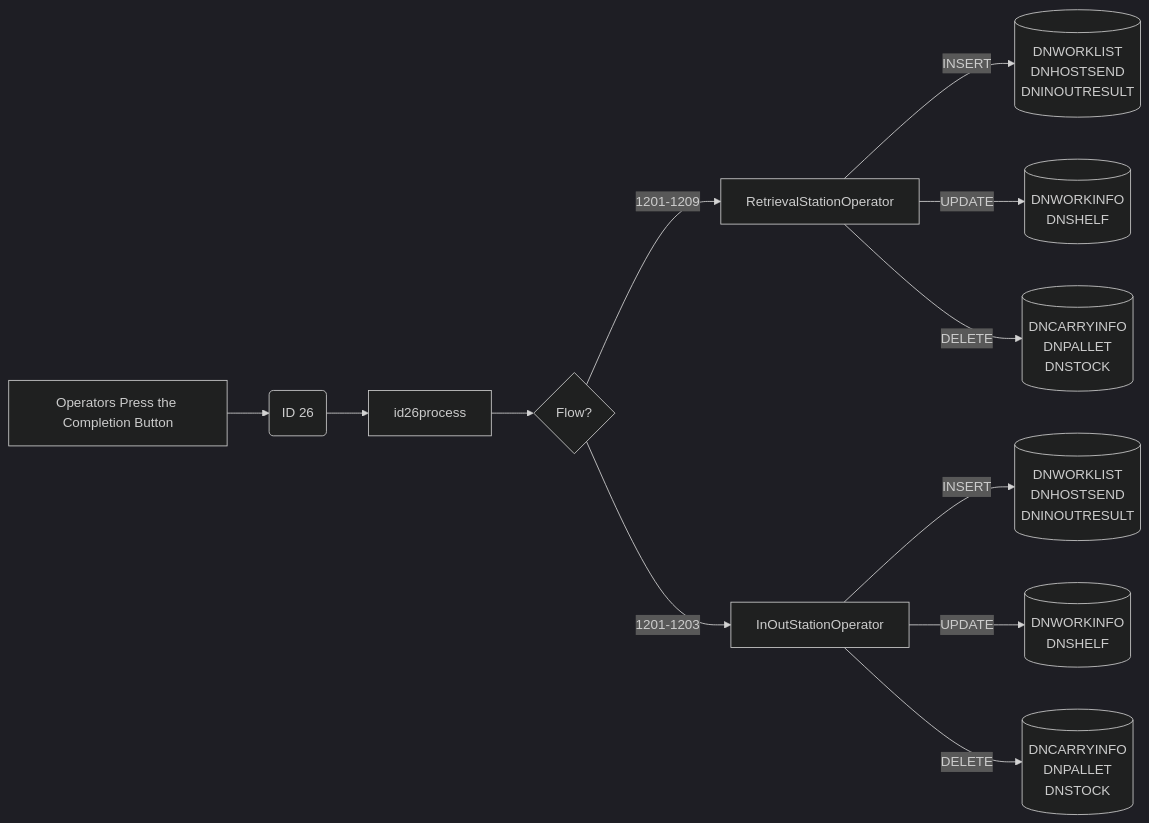
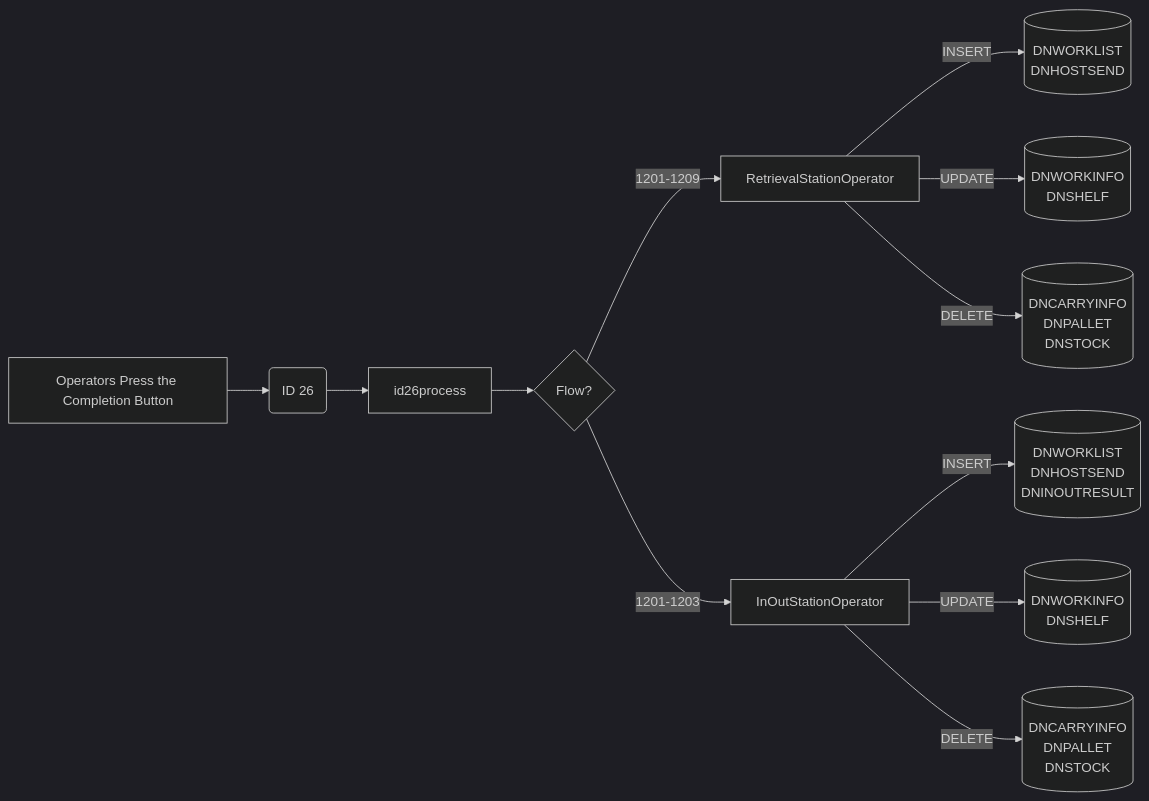
Before and after one commit to luthfiadityaa/SimeDarby-Wiki: diagram 19 of 19 in Basic-Design/DFD-WMS/Retrieval/Specific-Location-Retrieval-Setting.md, drawn with Mermaid (dark theme).

Commit message:
Updated Specific Location Retrieval Setting

```diff
--- a/Basic-Design/DFD-WMS/Retrieval/Specific-Location-Retrieval-Setting.md
+++ b/Basic-Design/DFD-WMS/Retrieval/Specific-Location-Retrieval-Setting.md
@@ -835,63 +835,62 @@
 ::: mermaid
 flowchart LR
 
 buttonclicked["
 Operators Press the Completion Button
 "]
 
 id26msg("
 ID 26
 ")
 
 
 id26-update[("
 DNWORKINFO
 DNSHELF
 ")]
 
 id26-delete[("
 DNCARRYINFO
 DNPALLET
 DNSTOCK
 ")]
 
 id26-insert[("
 DNWORKLIST
 DNHOSTSEND
-DNINOUTRESULT
 ")]
 
 id26-update2[("
 DNWORKINFO
 DNSHELF
 ")]
 
 id26-delete2[("
 DNCARRYINFO
 DNPALLET
 DNSTOCK
 ")]
 
 id26-insert3[("
 DNWORKLIST
 DNHOSTSEND
 DNINOUTRESULT
 ")]
 
 id26process[id26process]
 
 buttonclicked --> id26msg
 id26msg -->id26process-->Cond1{Flow?}
 
 RetrievalStationOperator--> |INSERT| id26-insert 
 RetrievalStationOperator--> |UPDATE| id26-update 
 RetrievalStationOperator--> |DELETE| id26-delete 
 
 Cond1{Flow?} --> |1201-1209| RetrievalStationOperator
 Cond1{Flow?} --> |1201-1203| InOutStationOperator
 
 InOutStationOperator --> |INSERT| id26-insert3
 InOutStationOperator --> |UPDATE| id26-update2
 InOutStationOperator --> |DELETE| id26-delete2
 
 :::
```
